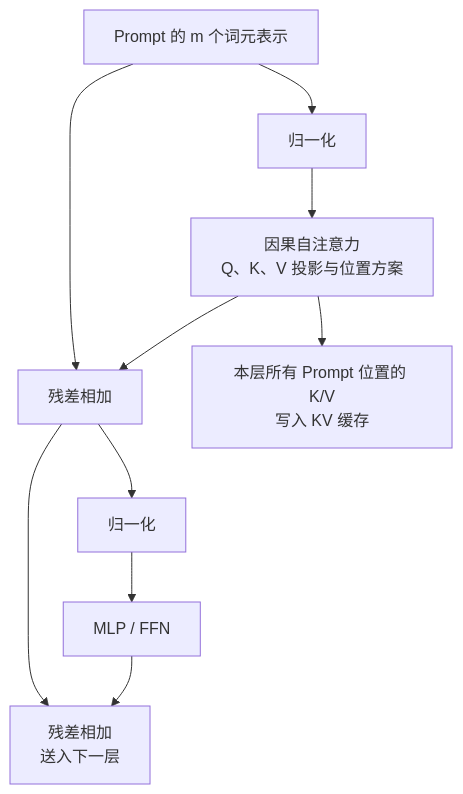
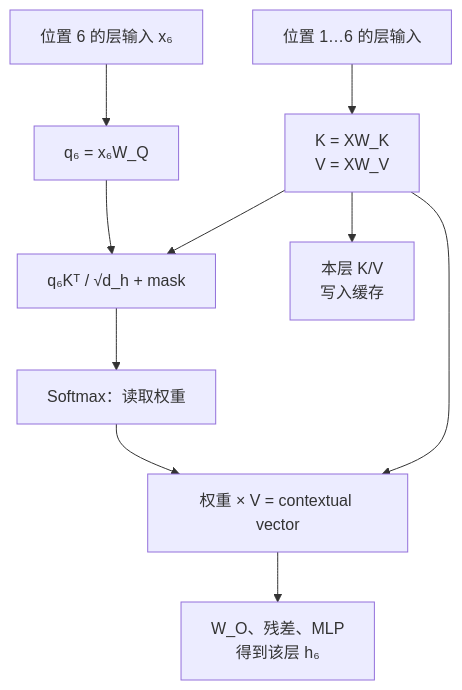
The fourth of 6 diagrams in 03_components/3.8_gpt_inference_flow.md (yeasy/llm_internals), drawn with Mermaid before and after one commit. The commit also changed other lines of this file, not shown here.

Commit message:
docs(llm): clarify transformer inference flow

````diff
--- a/03_components/3.8_gpt_inference_flow.md
+++ b/03_components/3.8_gpt_inference_flow.md
@@ -55,12 +126,12 @@
 ```mermaid
 flowchart TB
-    input["Prompt 的 m 个词元表示"] --> norm1["归一化"]
-    norm1 --> attn["因果自注意力<br/>Q、K、V 投影与位置方案"]
-    input --> add1["残差相加"]
-    attn --> add1
-    add1 --> norm2["归一化"]
-    norm2 --> mlp["MLP / FFN"]
-    add1 --> add2["残差相加<br/>送入下一层"]
-    mlp --> add2
-    attn --> kv["本层所有 Prompt 位置的 K/V<br/>写入 KV 缓存"]
+    x["位置 6 的层输入 x₆"] --> q["q₆ = x₆W_Q"]
+    all["位置 1…6 的层输入"] --> kv["K = XW_K<br/>V = XW_V"]
+    q --> score["q₆Kᵀ / √d_h + mask"]
+    kv --> score
+    score --> weight["Softmax：读取权重"]
+    weight --> read["权重 × V = contextual vector"]
+    kv --> read
+    read --> residual["W_O、残差、MLP<br/>得到该层 h₆"]
+    kv --> cache["本层 K/V<br/>写入缓存"]
 ```
````
